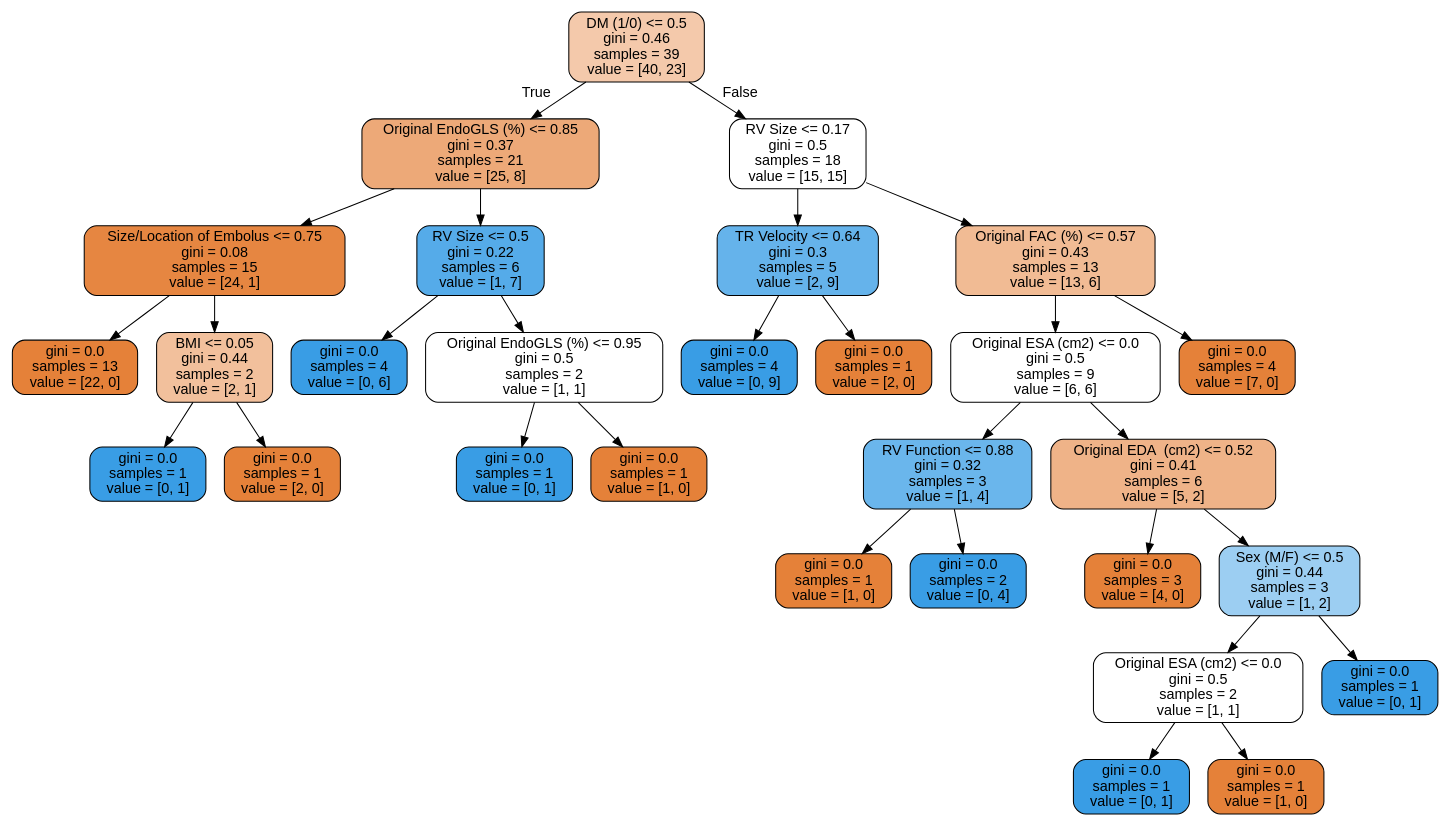
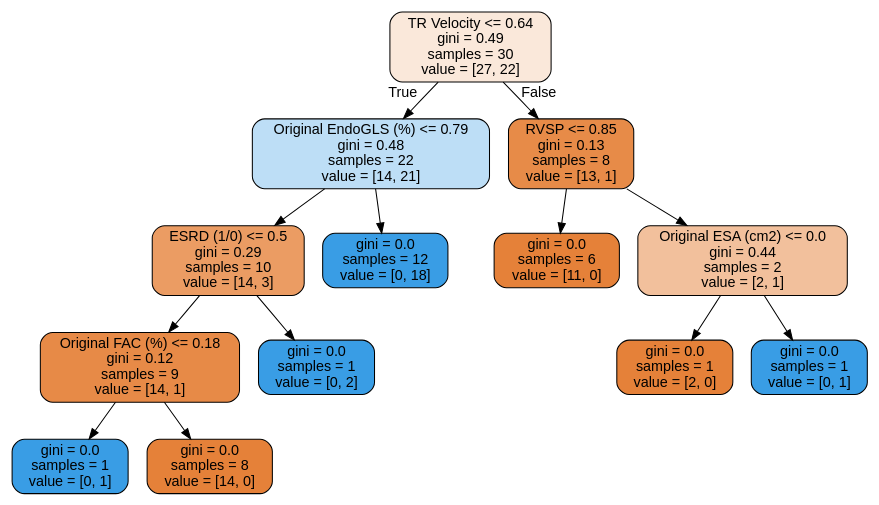
One commit to nitro41992/strain-analysis-pe-immortality changed the diagram in tree.dot. Above: the diagram before and after it, drawn with Graphviz. The commit also changed 3 other files, not shown here.

```diff
--- a/tree.dot
+++ b/tree.dot
@@ -1,61 +1,29 @@
 digraph Tree {
 node [shape=box, style="filled, rounded", color="black", fontname=helvetica] ;
 edge [fontname=helvetica] ;
-0 [label="DM (1/0) <= 0.5\ngini = 0.46\nsamples = 39\nvalue = [40, 23]", fillcolor="#f4c9ab"] ;
-1 [label="Original EndoGLS (%) <= 0.85\ngini = 0.37\nsamples = 21\nvalue = [25, 8]", fillcolor="#eda978"] ;
+0 [label="TR Velocity <= 0.64\ngini = 0.49\nsamples = 30\nvalue = [27, 22]", fillcolor="#fae8da"] ;
+1 [label="Original EndoGLS (%) <= 0.79\ngini = 0.48\nsamples = 22\nvalue = [14, 21]", fillcolor="#bddef6"] ;
 0 -> 1 [labeldistance=2.5, labelangle=45, headlabel="True"] ;
-2 [label="Size/Location of Embolus <= 0.75\ngini = 0.08\nsamples = 15\nvalue = [24, 1]", fillcolor="#e68641"] ;
+2 [label="ESRD (1/0) <= 0.5\ngini = 0.29\nsamples = 10\nvalue = [14, 3]", fillcolor="#eb9c63"] ;
 1 -> 2 ;
-3 [label="gini = 0.0\nsamples = 13\nvalue = [22, 0]", fillcolor="#e58139"] ;
+3 [label="Original FAC (%) <= 0.18\ngini = 0.12\nsamples = 9\nvalue = [14, 1]", fillcolor="#e78a47"] ;
 2 -> 3 ;
-4 [label="BMI <= 0.05\ngini = 0.44\nsamples = 2\nvalue = [2, 1]", fillcolor="#f2c09c"] ;
-2 -> 4 ;
-5 [label="gini = 0.0\nsamples = 1\nvalue = [0, 1]", fillcolor="#399de5"] ;
-4 -> 5 ;
-6 [label="gini = 0.0\nsamples = 1\nvalue = [2, 0]", fillcolor="#e58139"] ;
-4 -> 6 ;
-7 [label="RV Size <= 0.5\ngini = 0.22\nsamples = 6\nvalue = [1, 7]", fillcolor="#55abe9"] ;
+4 [label="gini = 0.0\nsamples = 1\nvalue = [0, 1]", fillcolor="#399de5"] ;
+3 -> 4 ;
+5 [label="gini = 0.0\nsamples = 8\nvalue = [14, 0]", fillcolor="#e58139"] ;
+3 -> 5 ;
+6 [label="gini = 0.0\nsamples = 1\nvalue = [0, 2]", fillcolor="#399de5"] ;
+2 -> 6 ;
+7 [label="gini = 0.0\nsamples = 12\nvalue = [0, 18]", fillcolor="#399de5"] ;
 1 -> 7 ;
-8 [label="gini = 0.0\nsamples = 4\nvalue = [0, 6]", fillcolor="#399de5"] ;
-7 -> 8 ;
-9 [label="Original EndoGLS (%) <= 0.95\ngini = 0.5\nsamples = 2\nvalue = [1, 1]", fillcolor="#ffffff"] ;
-7 -> 9 ;
-10 [label="gini = 0.0\nsamples = 1\nvalue = [0, 1]", fillcolor="#399de5"] ;
-9 -> 10 ;
-11 [label="gini = 0.0\nsamples = 1\nvalue = [1, 0]", fillcolor="#e58139"] ;
-9 -> 11 ;
-12 [label="RV Size <= 0.17\ngini = 0.5\nsamples = 18\nvalue = [15, 15]", fillcolor="#ffffff"] ;
-0 -> 12 [labeldistance=2.5, labelangle=-45, headlabel="False"] ;
-13 [label="TR Velocity <= 0.64\ngini = 0.3\nsamples = 5\nvalue = [2, 9]", fillcolor="#65b3eb"] ;
-12 -> 13 ;
-14 [label="gini = 0.0\nsamples = 4\nvalue = [0, 9]", fillcolor="#399de5"] ;
-13 -> 14 ;
-15 [label="gini = 0.0\nsamples = 1\nvalue = [2, 0]", fillcolor="#e58139"] ;
-13 -> 15 ;
-16 [label="Original FAC (%) <= 0.57\ngini = 0.43\nsamples = 13\nvalue = [13, 6]", fillcolor="#f1bb94"] ;
-12 -> 16 ;
-17 [label="Original ESA (cm2) <= 0.0\ngini = 0.5\nsamples = 9\nvalue = [6, 6]", fillcolor="#ffffff"] ;
-16 -> 17 ;
-18 [label="RV Function <= 0.88\ngini = 0.32\nsamples = 3\nvalue = [1, 4]", fillcolor="#6ab6ec"] ;
-17 -> 18 ;
-19 [label="gini = 0.0\nsamples = 1\nvalue = [1, 0]", fillcolor="#e58139"] ;
-18 -> 19 ;
-20 [label="gini = 0.0\nsamples = 2\nvalue = [0, 4]", fillcolor="#399de5"] ;
-18 -> 20 ;
-21 [label="Original EDA  (cm2) <= 0.52\ngini = 0.41\nsamples = 6\nvalue = [5, 2]", fillcolor="#efb388"] ;
-17 -> 21 ;
-22 [label="gini = 0.0\nsamples = 3\nvalue = [4, 0]", fillcolor="#e58139"] ;
-21 -> 22 ;
-23 [label="Sex (M/F) <= 0.5\ngini = 0.44\nsamples = 3\nvalue = [1, 2]", fillcolor="#9ccef2"] ;
-21 -> 23 ;
-24 [label="Original ESA (cm2) <= 0.0\ngini = 0.5\nsamples = 2\nvalue = [1, 1]", fillcolor="#ffffff"] ;
-23 -> 24 ;
-25 [label="gini = 0.0\nsamples = 1\nvalue = [0, 1]", fillcolor="#399de5"] ;
-24 -> 25 ;
-26 [label="gini = 0.0\nsamples = 1\nvalue = [1, 0]", fillcolor="#e58139"] ;
-24 -> 26 ;
-27 [label="gini = 0.0\nsamples = 1\nvalue = [0, 1]", fillcolor="#399de5"] ;
-23 -> 27 ;
-28 [label="gini = 0.0\nsamples = 4\nvalue = [7, 0]", fillcolor="#e58139"] ;
-16 -> 28 ;
+8 [label="RVSP <= 0.85\ngini = 0.13\nsamples = 8\nvalue = [13, 1]", fillcolor="#e78b48"] ;
+0 -> 8 [labeldistance=2.5, labelangle=-45, headlabel="False"] ;
+9 [label="gini = 0.0\nsamples = 6\nvalue = [11, 0]", fillcolor="#e58139"] ;
+8 -> 9 ;
+10 [label="Original ESA (cm2) <= 0.0\ngini = 0.44\nsamples = 2\nvalue = [2, 1]", fillcolor="#f2c09c"] ;
+8 -> 10 ;
+11 [label="gini = 0.0\nsamples = 1\nvalue = [2, 0]", fillcolor="#e58139"] ;
+10 -> 11 ;
+12 [label="gini = 0.0\nsamples = 1\nvalue = [0, 1]", fillcolor="#399de5"] ;
+10 -> 12 ;
 }
```
